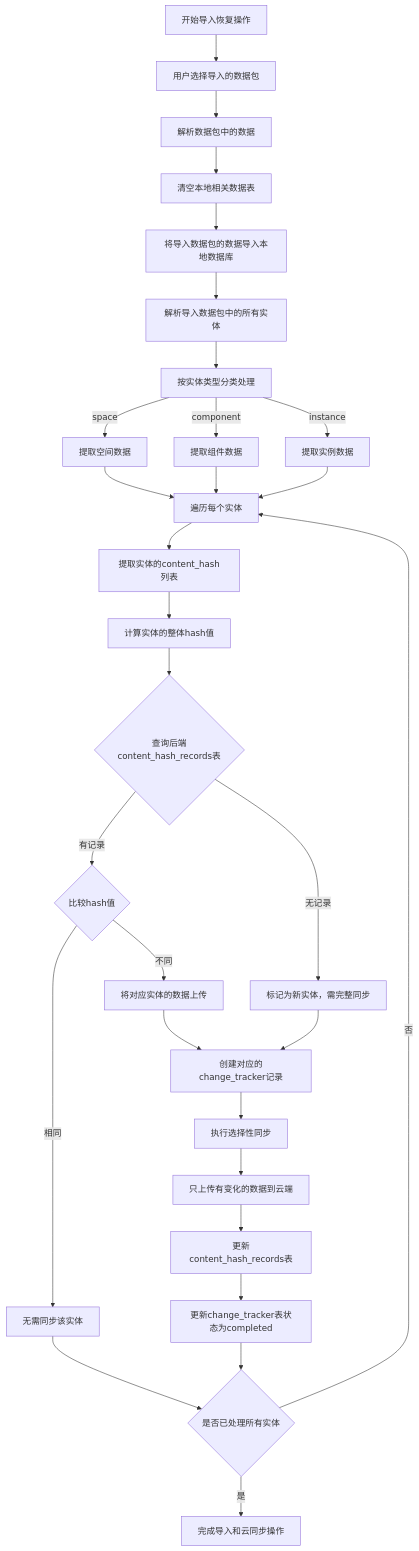
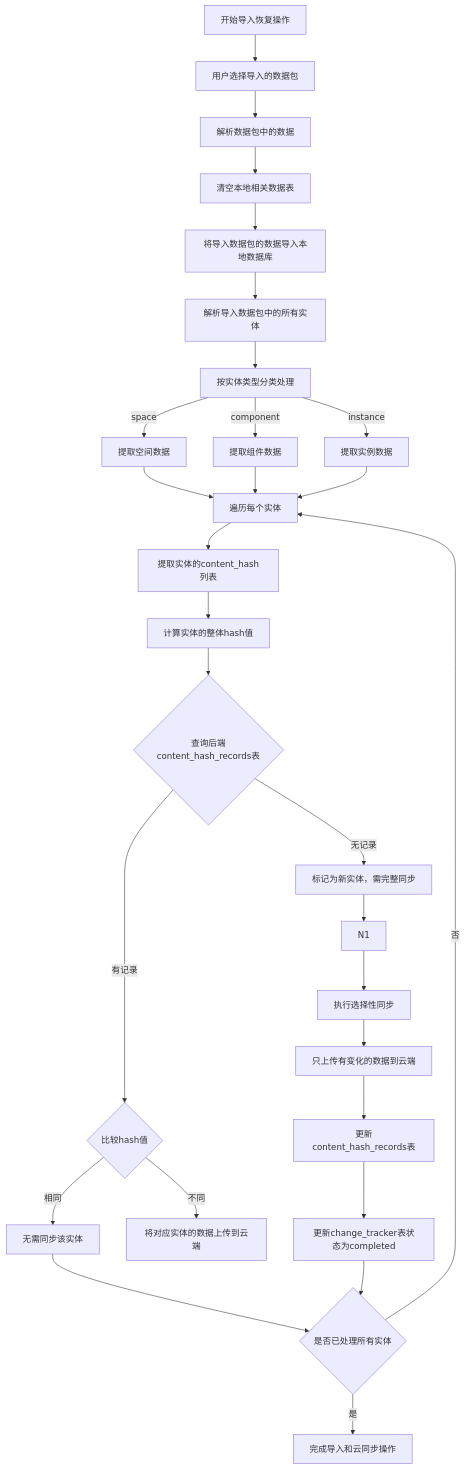
Before and after one commit to yingjianzh/iodraw-files: the diagram in all/未命名-44.md, drawn with Mermaid.

Commit message:
2025-04-27 11:38:10 update

````diff
--- a/all/未命名-44.md
+++ b/all/未命名-44.md
@@ -1,44 +1,44 @@
 ```mermaid
 flowchart TD
     A[开始导入恢复操作] --> B[用户选择导入的数据包]
     B --> C[解析数据包中的数据]
     
     C --> D[清空本地相关数据表]
     D --> E[将导入数据包的数据导入本地数据库]
     
     E --> F[解析导入数据包中的所有实体]
     F --> G[按实体类型分类处理]
     
     G -->|space| H1[提取空间数据]
     G -->|component| H2[提取组件数据]
     G -->|instance| H3[提取实例数据]
     
     H1 --> I[遍历每个实体]
     H2 --> I
     H3 --> I
     
     I --> J[提取实体的content_hash列表]
     J --> K[计算实体的整体hash值]
     
     K --> L{查询后端content_hash_records表}
     L -->|无记录| M1[标记为新实体，需完整同步]
     L -->|有记录| M2{比较hash值}
     
     M2 -->|相同| M3[无需同步该实体]
-    M2 -->|不同| M4[将对应实体的数据上传]
+    M2 -->|不同| M4[将对应实体的数据上传到云端]
     
-    M4 --> N1[创建对应的change_tracker记录]
+  
     M1 --> N1
     
     N1 --> O[执行选择性同步]
     O --> P[只上传有变化的数据到云端]
     
     P --> Q[更新content_hash_records表]
     Q --> R[更新change_tracker表状态为completed]
     
     M3 --> S{是否已处理所有实体}
     R --> S
     
     S -->|否| I
     S -->|是| T[完成导入和云同步操作]
 ```
````
